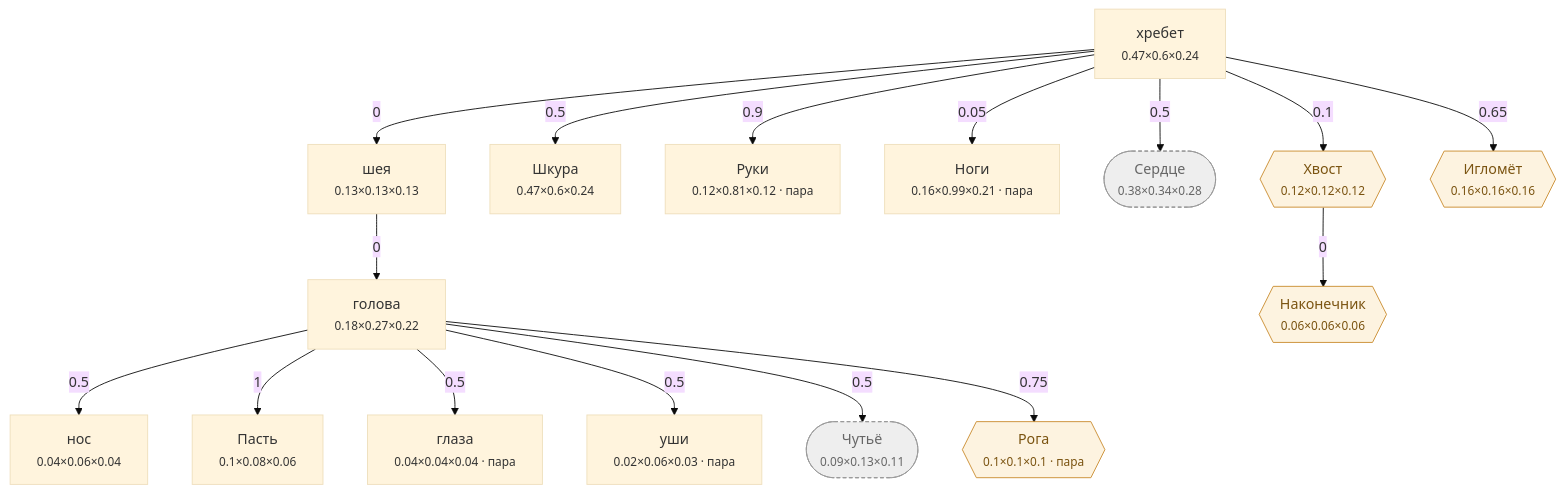
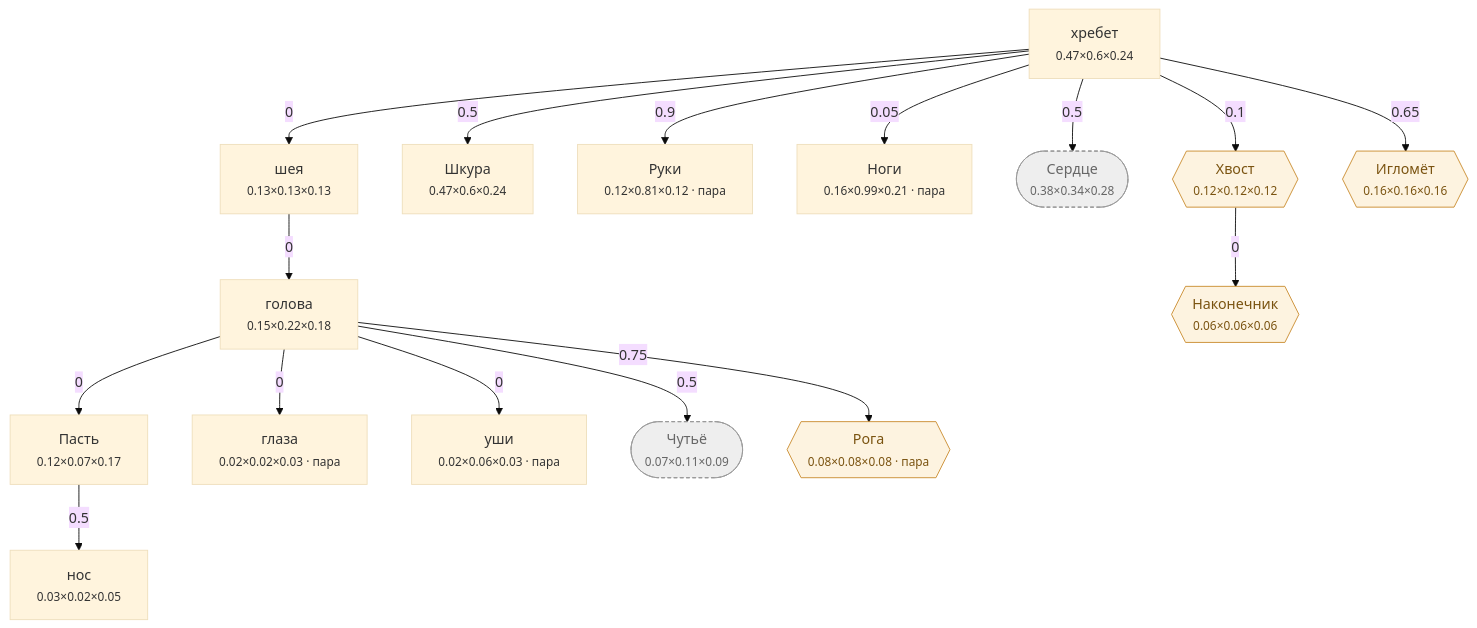
The diagram in Docs/Диаграммы/Человек.md (darklordshish/ChimeraEvolution-2026-06-26_15-29-59), drawn with Mermaid (base theme) before and after one commit. The commit also changed other lines of this file and 5 other files, not shown here.

First line of the commit message:
Схемы тел: догнали факт — графы вместо анатомических скелетов

````diff
--- a/Docs/Диаграммы/Человек.md
+++ b/Docs/Диаграммы/Человек.md
@@ -104,41 +71,41 @@
 ```mermaid
 flowchart TD
     n0["хребет<br/><small>0.47×0.6×0.24</small>"]
-    n1["нос<br/><small>0.04×0.06×0.04</small>"]
-    n2["голова<br/><small>0.18×0.27×0.22</small>"]
-    n3["Пасть<br/><small>0.1×0.08×0.06</small>"]
-    n4["глаза<br/><small>0.04×0.04×0.04 · пара</small>"]
+    n1["нос<br/><small>0.03×0.02×0.05</small>"]
+    n2["голова<br/><small>0.15×0.22×0.18</small>"]
+    n3["Пасть<br/><small>0.12×0.07×0.17</small>"]
+    n4["глаза<br/><small>0.02×0.02×0.03 · пара</small>"]
     n5["уши<br/><small>0.02×0.06×0.03 · пара</small>"]
     n6["шея<br/><small>0.13×0.13×0.13</small>"]
     n7["Шкура<br/><small>0.47×0.6×0.24</small>"]
     n8["Руки<br/><small>0.12×0.81×0.12 · пара</small>"]
     n9["Ноги<br/><small>0.16×0.99×0.21 · пара</small>"]
     n10(["Сердце<br/><small>0.38×0.34×0.28</small>"])
-    n11(["Чутьё<br/><small>0.09×0.13×0.11</small>"])
+    n11(["Чутьё<br/><small>0.07×0.11×0.09</small>"])
     n12{{"Хвост<br/><small>0.12×0.12×0.12</small>"}}
-    n13{{"Рога<br/><small>0.1×0.1×0.1 · пара</small>"}}
+    n13{{"Рога<br/><small>0.08×0.08×0.08 · пара</small>"}}
     n14{{"Наконечник<br/><small>0.06×0.06×0.06</small>"}}
     n15{{"Игломёт<br/><small>0.16×0.16×0.16</small>"}}
 
-    n2 -->|0.5| n1
+    n3 -->|0.5| n1
     n6 -->|0| n2
-    n2 -->|1| n3
-    n2 -->|0.5| n4
-    n2 -->|0.5| n5
+    n2 -->|0| n3
+    n2 -->|0| n4
+    n2 -->|0| n5
     n0 -->|0| n6
     n0 -->|0.5| n7
     n0 -->|0.9| n8
     n0 -->|0.05| n9
     n0 -->|0.5| n10
     n2 -->|0.5| n11
     n0 -->|0.1| n12
     n2 -->|0.75| n13
     n12 -->|0| n14
     n0 -->|0.65| n15
 
     classDef hid fill:#eee,stroke:#999,stroke-dasharray:4 3,color:#666
     classDef gr fill:#fdf3e0,stroke:#c98a2b,color:#7a5310
     classDef ch fill:#e8f2ff,stroke:#3b74c4,color:#1c3f70
     class n10,n11 hid
     class n12,n13,n14,n15 gr
 ```
````
